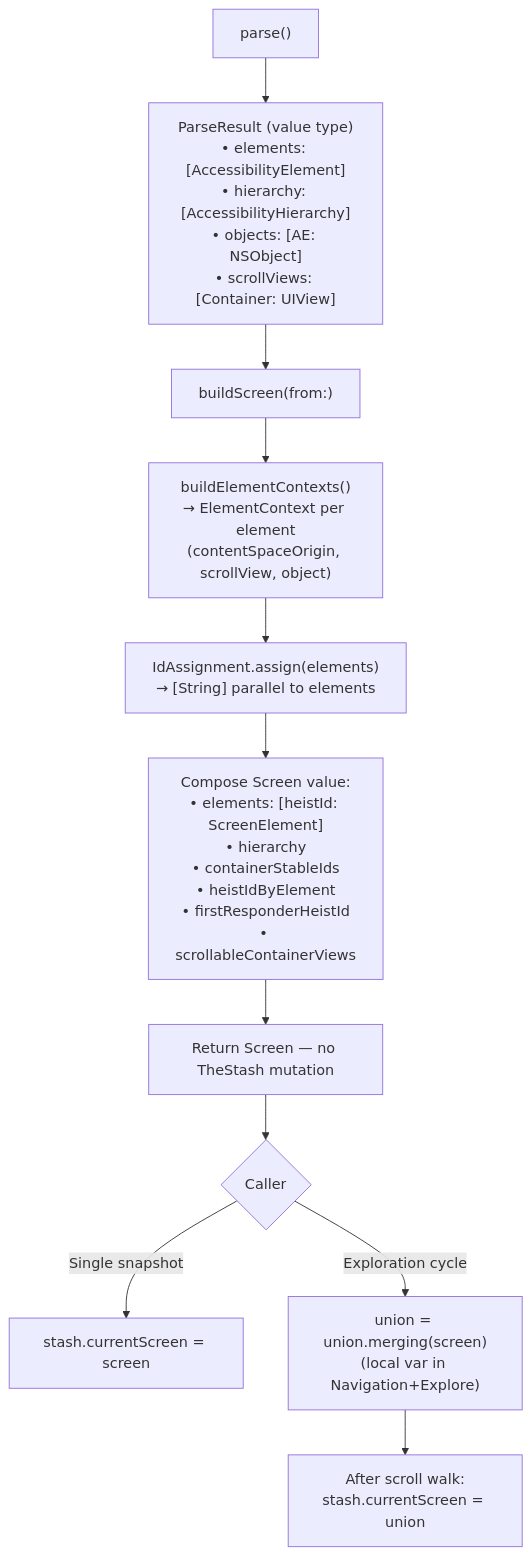
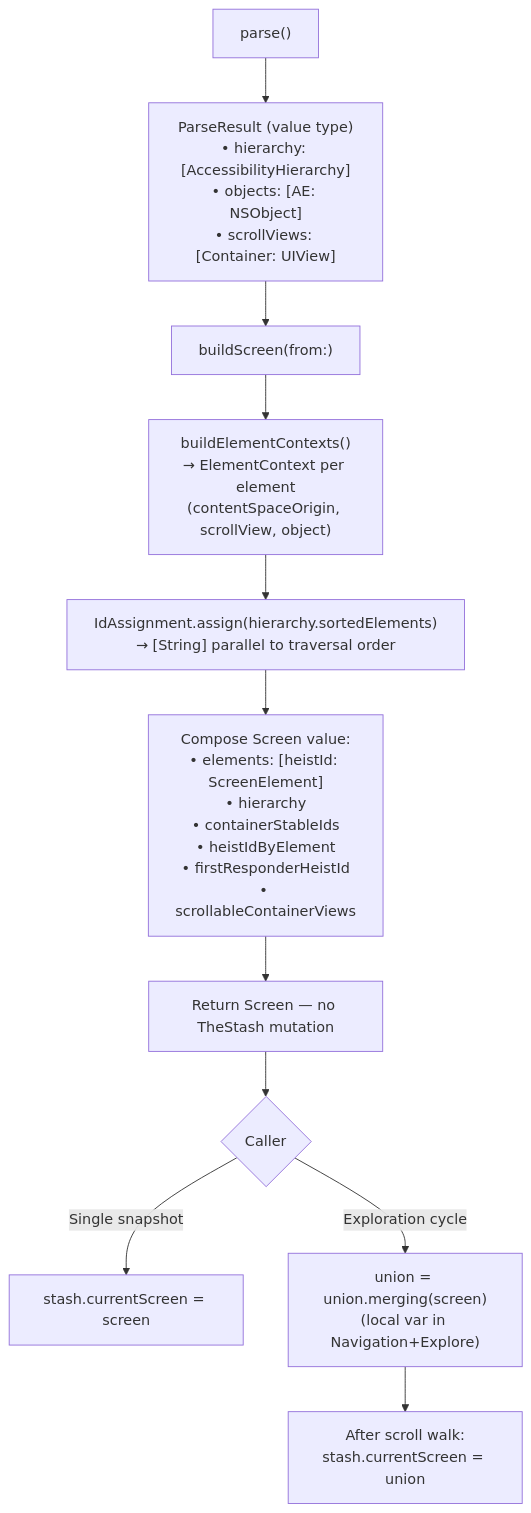
One commit to RoyalPineapple/TheButtonHeist changed the diagram in docs/dossiers/10-THEBURGLAR.md. Above: the diagram before and after it, drawn with Mermaid. The commit also changed 17 other files, not shown here.

Commit message:
Keep parser hierarchy as InsideJob parse currency

````diff
--- a/docs/dossiers/10-THEBURGLAR.md
+++ b/docs/dossiers/10-THEBURGLAR.md
@@ -19,15 +19,15 @@
 ```mermaid
 flowchart TD
-    Parse["parse()"] --> PR["ParseResult (value type)<br/>• elements: [AccessibilityElement]<br/>• hierarchy: [AccessibilityHierarchy]<br/>• objects: [AE: NSObject]<br/>• scrollViews: [Container: UIView]"]
+    Parse["parse()"] --> PR["ParseResult (value type)<br/>• hierarchy: [AccessibilityHierarchy]<br/>• objects: [AE: NSObject]<br/>• scrollViews: [Container: UIView]"]
 
     PR --> Build["buildScreen(from:)"]
     Build --> Walk["buildElementContexts()<br/>→ ElementContext per element<br/>(contentSpaceOrigin, scrollView, object)"]
-    Walk --> IDs["IdAssignment.assign(elements)<br/>→ [String] parallel to elements"]
+    Walk --> IDs["IdAssignment.assign(hierarchy.sortedElements)<br/>→ [String] parallel to traversal order"]
     IDs --> Compose["Compose Screen value:<br/>• elements: [heistId: ScreenElement]<br/>• hierarchy<br/>• containerStableIds<br/>• heistIdByElement<br/>• firstResponderHeistId<br/>• scrollableContainerViews"]
     Compose --> Return["Return Screen — no TheStash mutation"]
 
     Return --> Caller{Caller}
     Caller -->|Single snapshot| Commit["stash.currentScreen = screen"]
     Caller -->|Exploration cycle| Union["union = union.merging(screen)<br/>(local var in Navigation+Explore)"]
     Union --> Final["After scroll walk:<br/>stash.currentScreen = union"]
 ```
````
